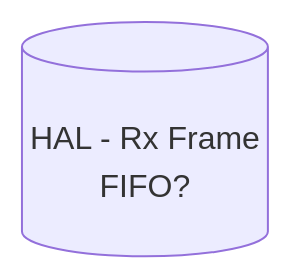
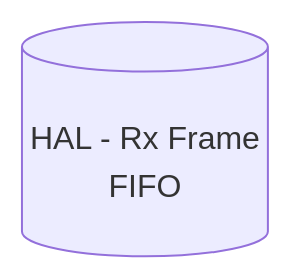
One commit to Nakakiyo092/usb2canfdv1 changed the fifth of 8 diagrams in doc/7.-Buffer-Strategy.md. Above: the diagram before and after it, drawn with Mermaid. The commit also changed other lines of this file, not shown here.

````diff
--- a/doc/7.-Buffer-Strategy.md
+++ b/doc/7.-Buffer-Strategy.md
@@ -55,5 +107,5 @@
 ```mermaid
 block
   columns 5
-  space  space  RX[("<br>HAL - Rx Frame<br>FIFO?")]  space  space
+  space  space  RX[("<br>HAL - Rx Frame<br>FIFO")]  space  space
 ```
````
